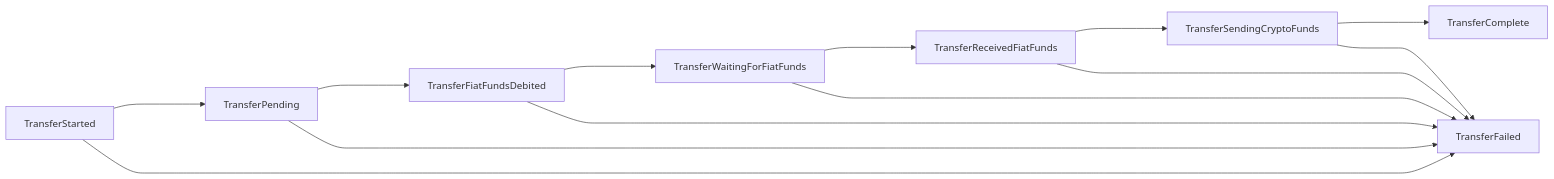
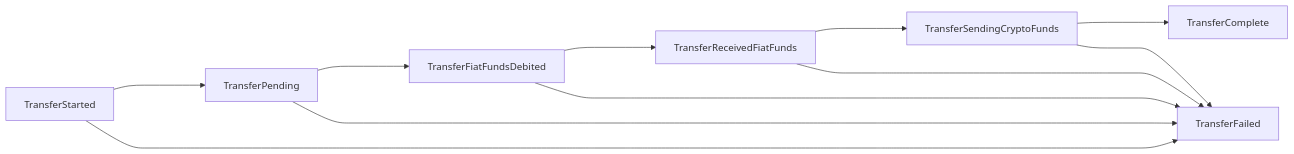
One commit to fiatconnect/specification changed the first of 2 diagrams in fiatconnect-api.md. Above: the diagram before and after it, drawn with Mermaid. The commit also changed other lines of this file, not shown here.

Commit message:
Remove extra state

````diff
--- a/fiatconnect-api.md
+++ b/fiatconnect-api.md
@@ -1741,16 +1741,14 @@
 ```mermaid
 graph LR
    TransferStarted---->TransferPending
    TransferPending---->TransferFiatFundsDebited
-   TransferFiatFundsDebited---->TransferWaitingForFiatFunds
-   TransferWaitingForFiatFunds---->TransferReceivedFiatFunds
+   TransferFiatFundsDebited---->TransferReceivedFiatFunds
    TransferReceivedFiatFunds---->TransferSendingCryptoFunds
    TransferSendingCryptoFunds---->TransferComplete
 
    TransferStarted---->TransferFailed
    TransferPending---->TransferFailed
    TransferFiatFundsDebited---->TransferFailed
-   TransferWaitingForFiatFunds---->TransferFailed
    TransferReceivedFiatFunds---->TransferFailed
    TransferSendingCryptoFunds---->TransferFailed
 ```
````
